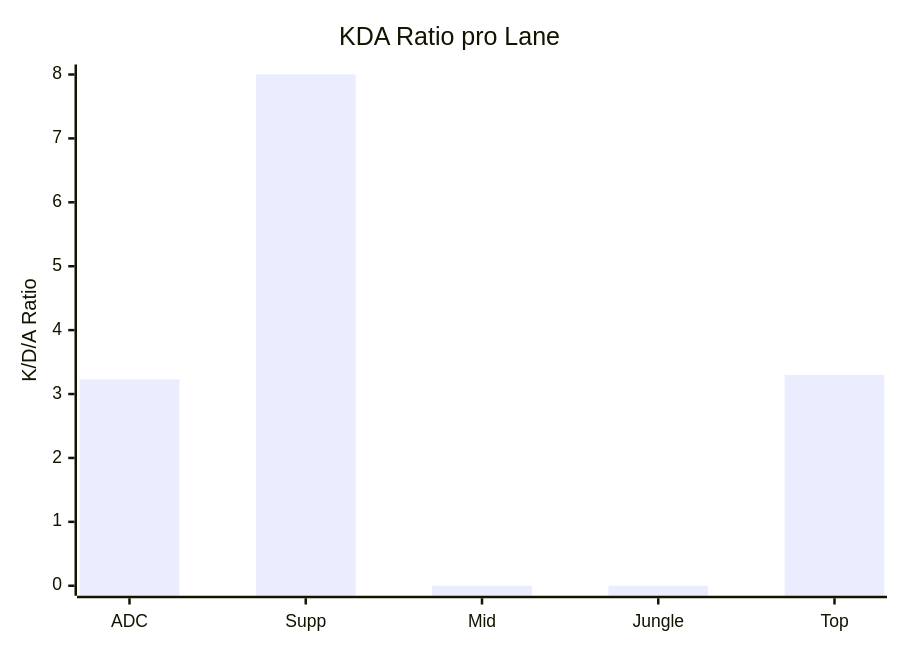
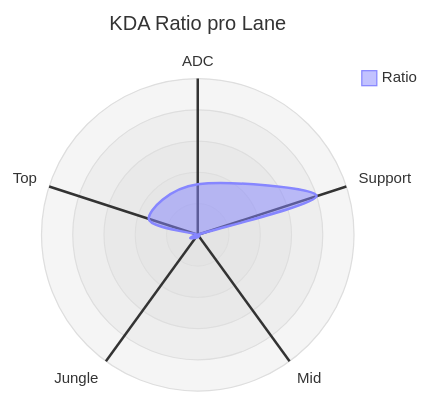
One commit to flowinho/zensical-website changed the third of 5 diagrams in docs/gaming/wild-rift.md. Above: the diagram before and after it, drawn with Mermaid. The commit also changed other lines of this file, not shown here.

````diff
--- a/docs/gaming/wild-rift.md
+++ b/docs/gaming/wild-rift.md
@@ -54,7 +55,15 @@
 ```mermaid
-xychart-beta 
-	title "KDA Ratio pro Lane"
-	x-axis [ADC, Supp, Mid, Jungle, Top]
-	y-axis "K/D/A Ratio"
-	bar [3.23,8,0,0,3.3]
-```
+---
+config:
+  radar:
+    width: 250
+    height: 250
+---
+radar-beta
+  title KDA Ratio pro Lane
+  axis a["ADC"], s["Support"], m["Mid"], j["Jungle"], t["Top"]
+  curve a["Ratio"]{3.23, 8,  0, 0, 3.3}
+
+  max 10
+  min 0
+``` 
````
